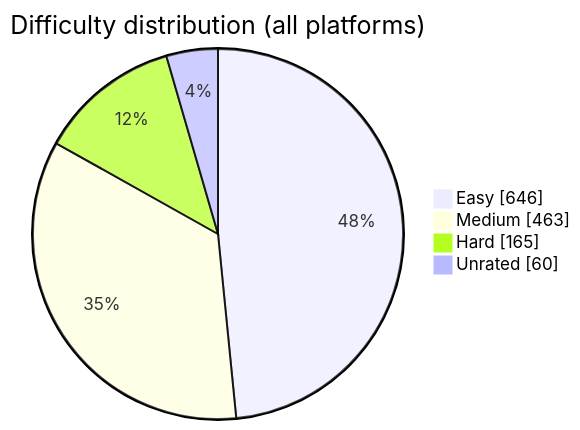
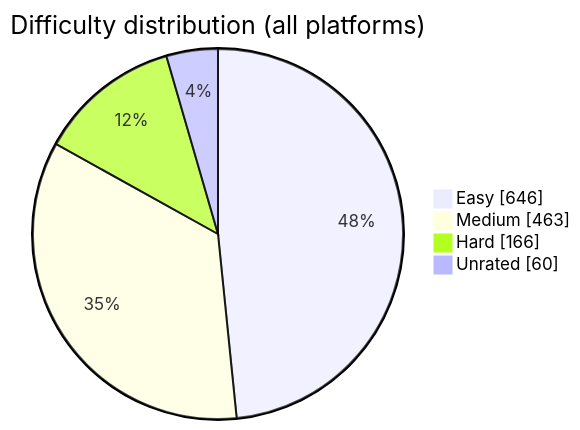
Before and after one commit to BuildbyArindam/Daily-Coding-Log: the diagram in README.md, drawn with Mermaid. The commit also changed other lines of this file, not shown here.

````diff
--- a/README.md
+++ b/README.md
@@ -93,7 +93,7 @@
 ```mermaid
 pie showData title Difficulty distribution (all platforms)
     "Easy" : 646
     "Medium" : 463
-    "Hard" : 165
+    "Hard" : 166
     "Unrated" : 60
 ```
````
